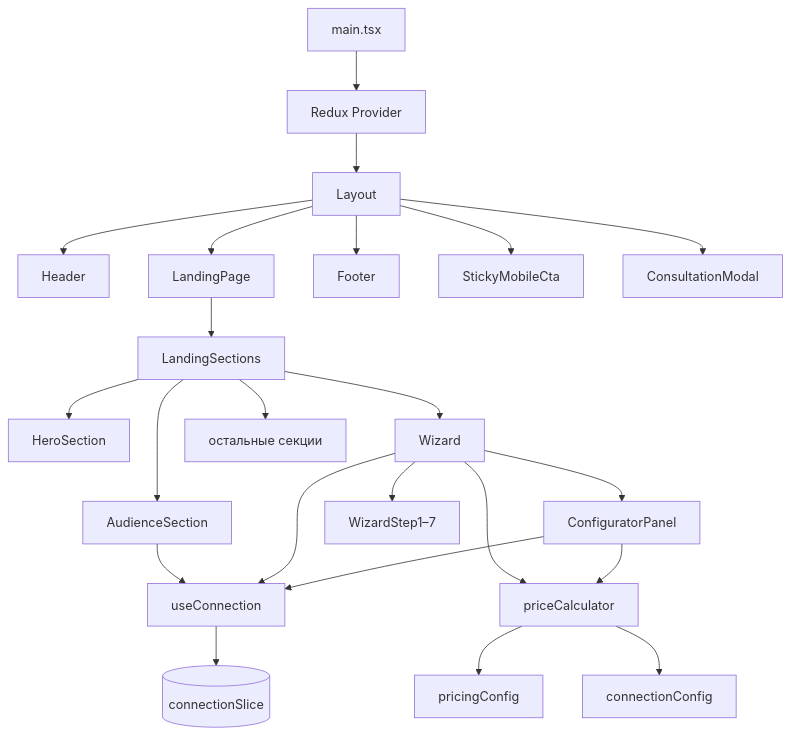
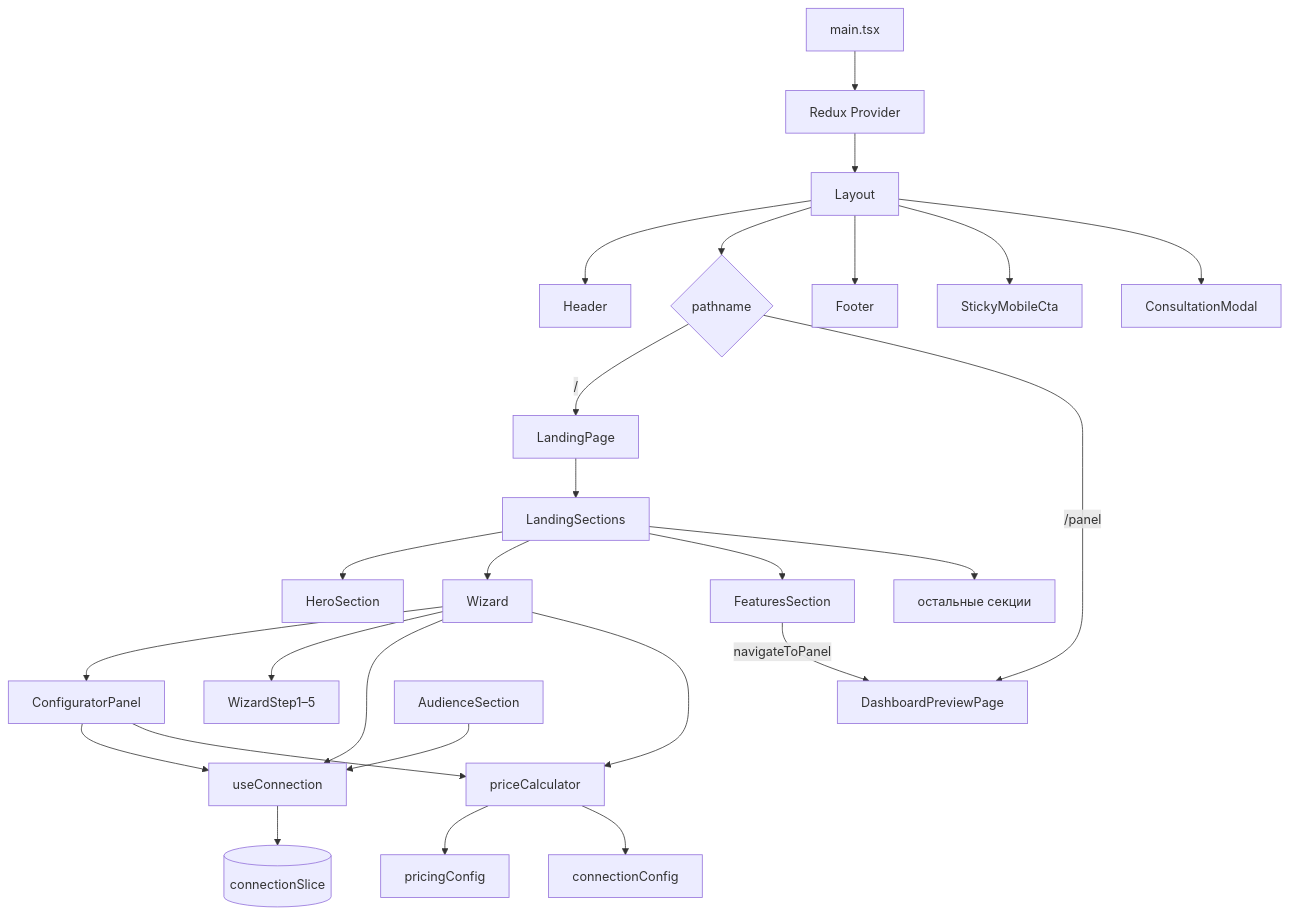
Before and after one commit to 3key333/NAFI-hacaton: the diagram in client/README.md, drawn with Mermaid. The commit also changed other lines of this file and 39 other files, not shown here.

Commit message:
feature(dashboardPg): new dashboard page, done last cosmetic tasks

````diff
--- a/client/README.md
+++ b/client/README.md
@@ -54,27 +62,30 @@
 ```mermaid
 flowchart TB
   main[main.tsx] --> Provider[Redux Provider]
   Provider --> Layout[Layout]
   Layout --> Header
-  Layout --> LandingPage
+  Layout --> Main{pathname}
+  Main -->|/| LandingPage
+  Main -->|/panel| DashboardPreviewPage
   Layout --> Footer
   Layout --> StickyMobileCta
   Layout --> ConsultationModal
 
   LandingPage --> LandingSections
   LandingSections --> HeroSection
   LandingSections --> Wizard
-  LandingSections --> AudienceSection
+  LandingSections --> FeaturesSection
   LandingSections --> OtherSections[остальные секции]
+  FeaturesSection -->|navigateToPanel| DashboardPreviewPage
 
   Wizard --> ConfiguratorPanel
-  Wizard --> WizardSteps[WizardStep1–7]
+  Wizard --> WizardSteps[WizardStep1–5]
   ConfiguratorPanel --> useConnection
   Wizard --> useConnection
   AudienceSection --> useConnection
   useConnection --> connectionSlice[(connectionSlice)]
   ConfiguratorPanel --> priceCalculator
   Wizard --> priceCalculator
   priceCalculator --> pricingConfig
   priceCalculator --> connectionConfig
 ```
````
